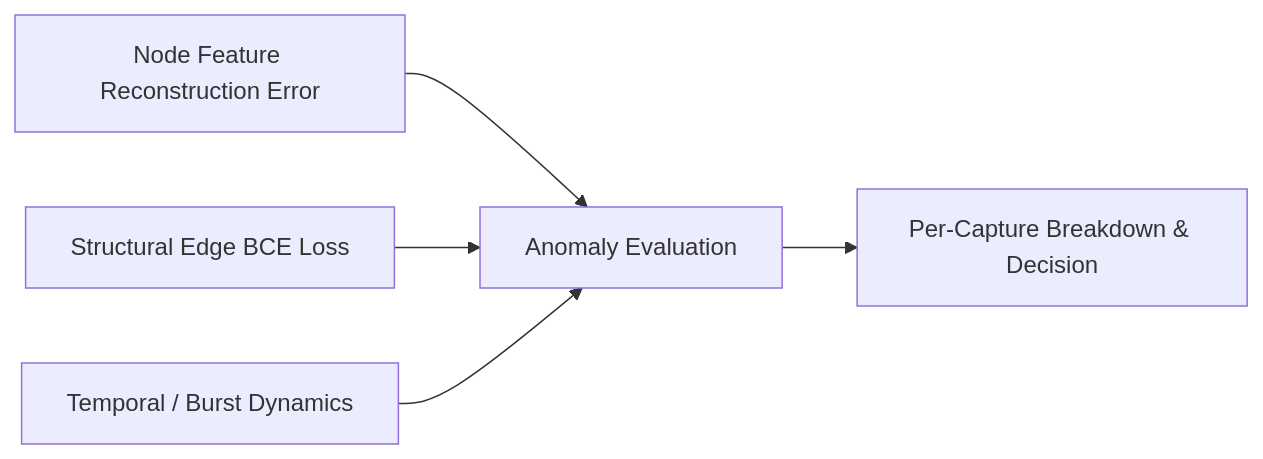
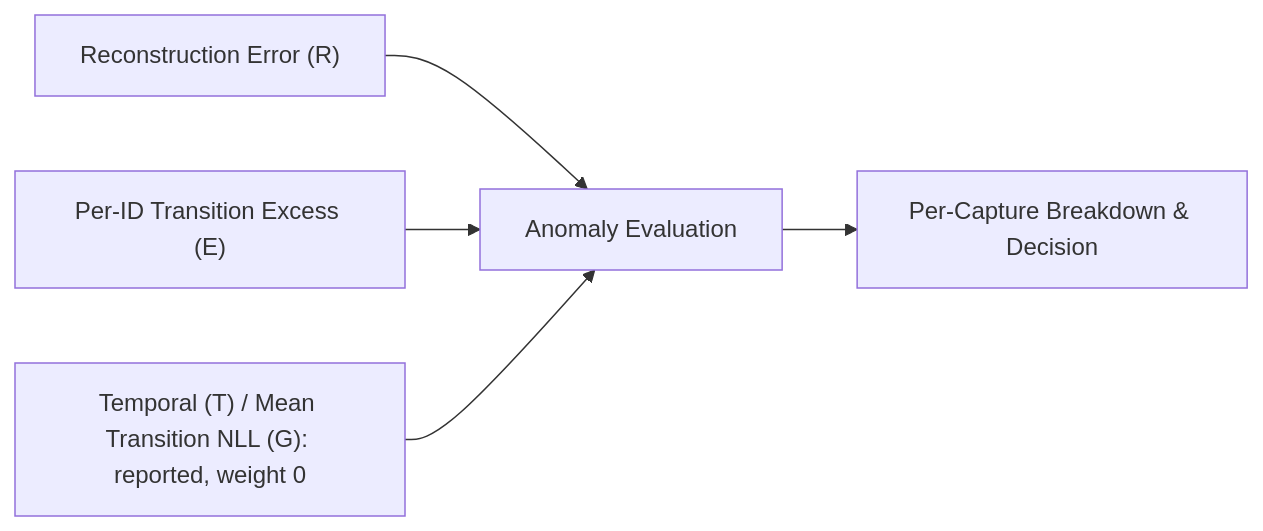
One commit to Etrlnx/Vaahan changed the fifth of 7 diagrams in README.md. Above: the diagram before and after it, drawn with Mermaid. The commit also changed other lines of this file and 2 other files, not shown here.

Commit message:
docs: synchronize empirical detection benchmarks and latency profiles - Update root README with 5-split robust metrics (ROC-AUC 0.9528, PR-AUC 0.8801) - Align calibrated decision thresholds across module documentation - Document measured edge CPU inference latency (3.56 ms/window, 0.18% duty cycle)

````diff
--- a/README.md
+++ b/README.md
@@ -303,9 +303,9 @@
 ```mermaid
 flowchart LR
 
-A[Node Feature Reconstruction Error] --> D[Anomaly Evaluation]
-B[Structural Edge BCE Loss] --> D
-C[Temporal / Burst Dynamics] --> D
+A["Reconstruction Error (R)"] --> D[Anomaly Evaluation]
+B["Per-ID Transition Excess (E)"] --> D
+C["Temporal (T) / Mean Transition NLL (G): reported, weight 0"] --> D
 
 D --> E[Per-Capture Breakdown & Decision]
 ```
````
